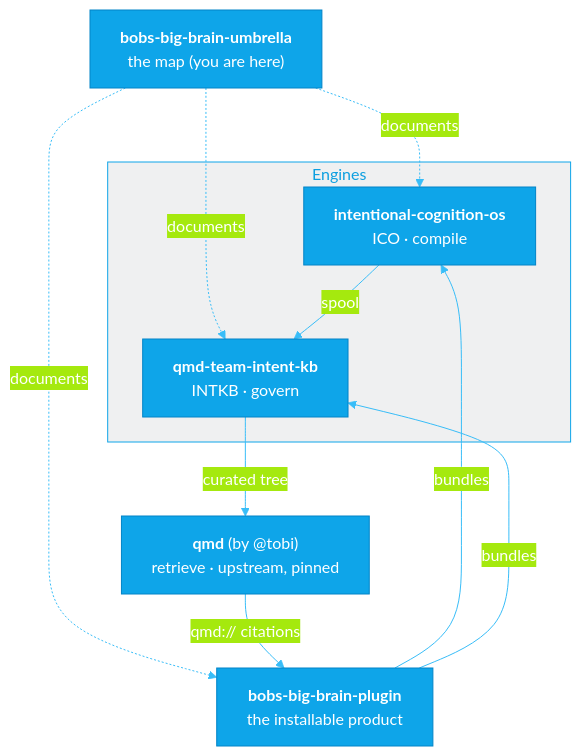
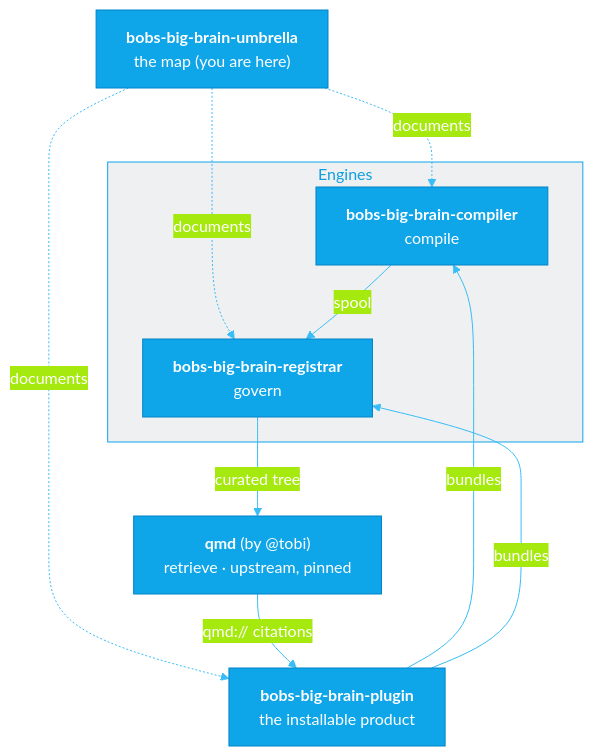
Before and after one commit to intent-solutions-io/governed-second-brain: the first of 3 diagrams in README.md, drawn with Mermaid. The commit also changed other lines of this file and 15 other files, not shown here.

````diff
--- a/README.md
+++ b/README.md
@@ -87,22 +87,22 @@
 ```mermaid
 %%{init: {'theme':'base','themeVariables':{
   'primaryColor':'#0ea5e9','primaryBorderColor':'#0284c7','primaryTextColor':'#ffffff',
   'lineColor':'#38bdf8','clusterBkg':'#0c192910','clusterBorder':'#0ea5e9'}}}%%
 flowchart TB
     UMB["<b>bobs-big-brain-umbrella</b><br/>the map (you are here)"]
     subgraph ENG["Engines"]
-        ICO["<b>intentional-cognition-os</b><br/>ICO · compile"]
-        INTKB["<b>qmd-team-intent-kb</b><br/>INTKB · govern"]
+        ICO["<b>bobs-big-brain-compiler</b><br/>compile"]
+        INTKB["<b>bobs-big-brain-registrar</b><br/>govern"]
     end
     QMD["<b>qmd</b> (by @tobi)<br/>retrieve · upstream, pinned"]
     PLUG["<b>bobs-big-brain-plugin</b><br/>the installable product"]
 
     UMB -. documents .-> ICO
     UMB -. documents .-> INTKB
     UMB -. documents .-> PLUG
     PLUG -->|bundles| ICO
     PLUG -->|bundles| INTKB
     ICO -->|spool| INTKB
     INTKB -->|curated tree| QMD
     QMD -->|qmd:// citations| PLUG
 ```
````
